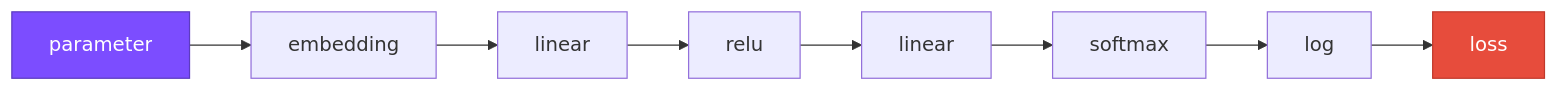
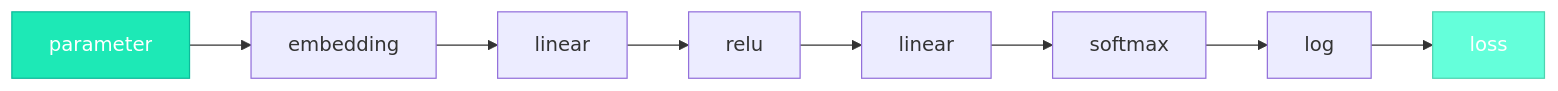
One commit to iamkhalid2/microgpt-course changed the first of 2 diagrams in docs/02-calculus-and-autograd/01-the-chain-rule.md. Above: the diagram before and after it, drawn with Mermaid. The commit also changed other lines of this file and 23 other files, not shown here.

````diff
--- a/docs/02-calculus-and-autograd/01-the-chain-rule.md
+++ b/docs/02-calculus-and-autograd/01-the-chain-rule.md
@@ -7,7 +7,7 @@
 ```mermaid
 flowchart LR
     A["parameter"] --> B["embedding"] --> C["linear"] --> D["relu"] --> E["linear"] --> F["softmax"] --> G["log"] --> H["loss"]
 
-    style A fill:#7c4dff,stroke:#5c3cbf,color:#fff
-    style H fill:#e74c3c,stroke:#c0392b,color:#fff
+    style A fill:#1de9b6,stroke:#0db99a,color:#fff
+    style H fill:#64ffda,stroke:#4dd4b0,color:#fff
 ```
````
